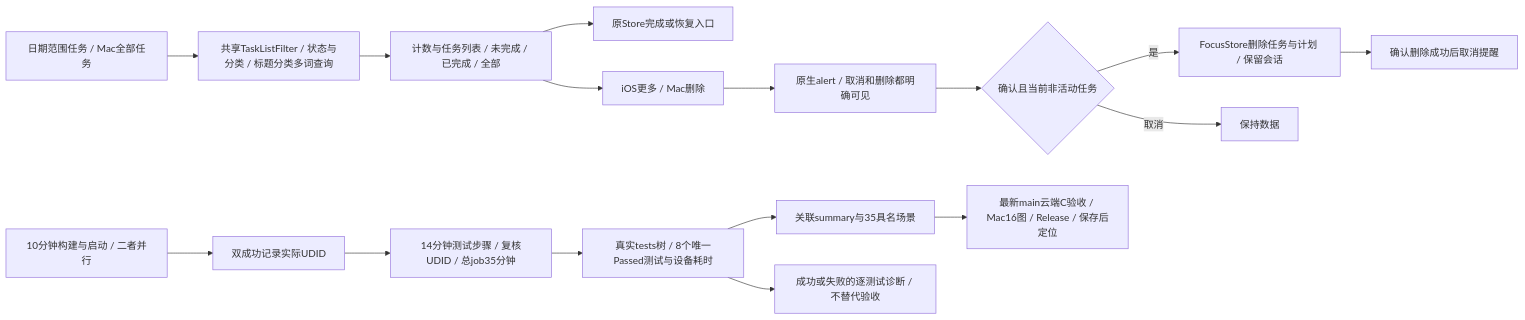
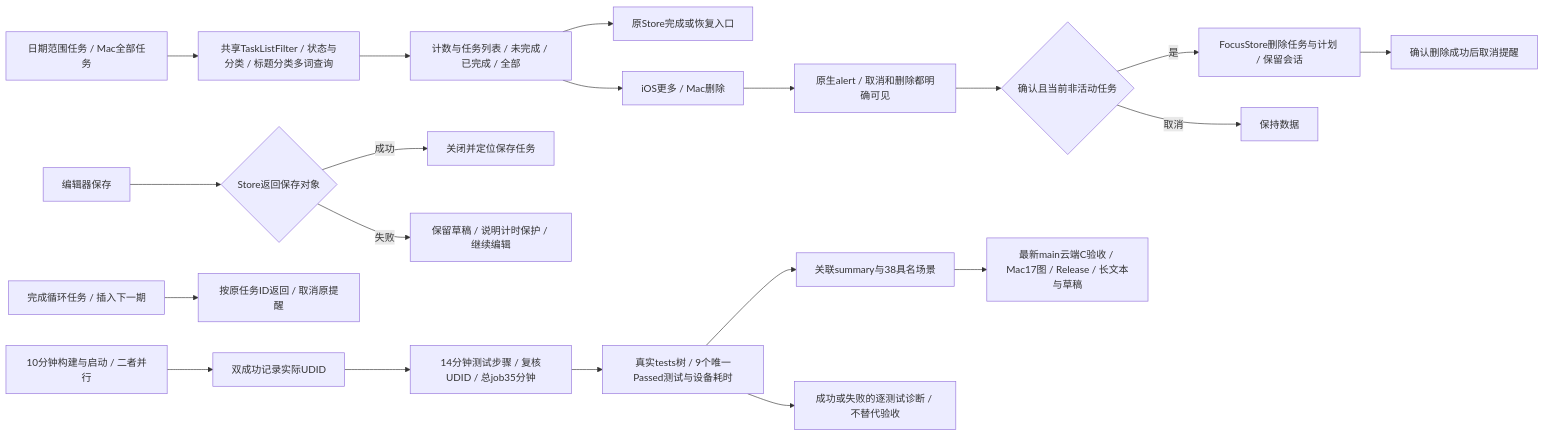
Before and after one commit to Altman-sam114/114: the first of 14 diagrams in md/flow/flowchart.md, drawn with Mermaid. The commit also changed 19 other files, not shown here.

````diff
--- a/md/flow/flowchart.md
+++ b/md/flow/flowchart.md
@@ -5,18 +5,22 @@
 ```mermaid
 flowchart LR
   BASE[日期范围任务 / Mac全部任务] --> FILTER[共享TaskListFilter / 状态与分类 / 标题分类多词查询]
   FILTER --> VIEW[计数与任务列表 / 未完成 / 已完成 / 全部]
   VIEW --> RESTORE[原Store完成或恢复入口]
   VIEW --> MORE[iOS更多 / Mac删除]
   MORE --> ALERT[原生alert / 取消和删除都明确可见]
   ALERT --> CONFIRM{确认且当前非活动任务}
   CONFIRM -->|是| DELETE[FocusStore删除任务与计划 / 保留会话]
   DELETE --> REMINDER[确认删除成功后取消提醒]
   CONFIRM -->|取消| KEEP[保持数据]
-  TREE[真实tests树 / 8个唯一Passed测试与设备耗时] --> EVIDENCE[关联summary与35具名场景]
-  EVIDENCE --> C[最新main云端C验收 / Mac16图 / Release / 保存后定位]
+  EDIT[编辑器保存] --> SAVED{Store返回保存对象}
+  SAVED -->|成功| LOCATE[关闭并定位保存任务]
+  SAVED -->|失败| DRAFT[保留草稿 / 说明计时保护 / 继续编辑]
+  REPEAT[完成循环任务 / 插入下一期] --> ID[按原任务ID返回 / 取消原提醒]
+  TREE[真实tests树 / 9个唯一Passed测试与设备耗时] --> EVIDENCE[关联summary与38具名场景]
+  EVIDENCE --> C[最新main云端C验收 / Mac17图 / Release / 长文本与草稿]
   TREE --> DIAG[成功或失败的逐测试诊断 / 不替代验收]
   BUILD[10分钟构建与启动 / 二者并行] --> READY[双成功记录实际UDID]
   READY --> RUN[14分钟测试步骤 / 复核UDID / 总job35分钟]
   RUN --> TREE
 ```
````
